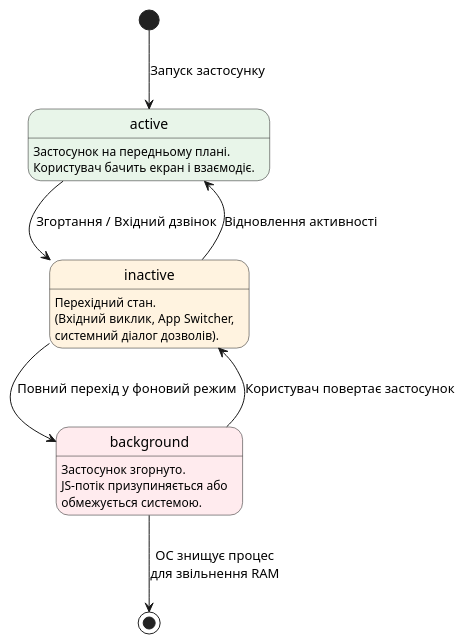
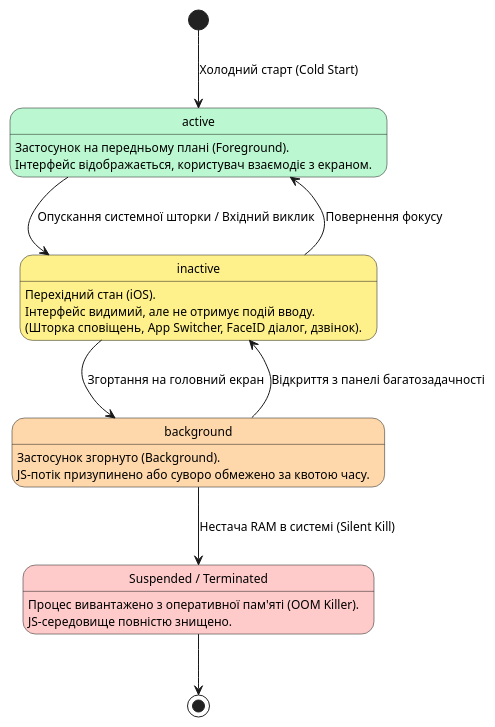
Before and after one commit to arakviel/kostyl.dev: the fifth of 5 diagrams in content/15.react-native/version2/14.networking-and-app-lifecycle.md, drawn with PlantUML. The commit also changed other lines of this file and 9 other files, not shown here.

````diff
--- a/content/15.react-native/version2/14.networking-and-app-lifecycle.md
+++ b/content/15.react-native/version2/14.networking-and-app-lifecycle.md
@@ -770,21 +1040,22 @@
 ```plantuml
 @startuml
 skinparam style plain
 skinparam backgroundColor #ffffff
+skinparam defaultFontName "Helvetica"
+skinparam defaultFontSize 12
 
-state "active" as Active #e8f5e9 : Застосунок на передньому плані.\nКористувач бачить екран і взаємодіє.
+state "active" as Active #bbf7d0 : Застосунок на передньому плані (Foreground).\nІнтерфейс відображається, користувач взаємодіє з екраном.
+state "inactive" as Inactive #fef08a : Перехідний стан (iOS).\nІнтерфейс видимий, але не отримує подій вводу.\n(Шторка сповіщень, App Switcher, FaceID діалог, дзвінок).
+state "background" as Background #fed7aa : Застосунок згорнуто (Background).\nJS-потік призупинено або суворо обмежено за квотою часу.
+state "Suspended / Terminated" as Terminated #fecaca : Процес вивантажено з оперативної пам'яті (OOM Killer).\nJS-середовище повністю знищено.
 
-state "inactive" as Inactive #fff3e0 : Перехідний стан.\n(Вхідний виклик, App Switcher,\nсистемний діалог дозволів).
+[*] --> Active : Холодний старт (Cold Start)
+Active --> Inactive : Опускання системної шторки / Вхідний виклик
+Inactive --> Active : Повернення фокусу
+Inactive --> Background : Згортання на головний екран
+Background --> Inactive : Відкриття з панелі багатозадачності
+Background --> Terminated : Нестача RAM в системі (Silent Kill)
+Terminated --> [*]
 
-state "background" as Background #ffebee : Застосунок згорнуто.\nJS-потік призупиняється або\nобмежується системою.
-
-[*] --> Active : Запуск застосунку
-
-Active --> Inactive : Згортання / Вхідний дзвінок
-Inactive --> Background : Повний перехід у фоновий режим
-Background --> Inactive : Користувач повертає застосунок
-Inactive --> Active : Відновлення активності
-
-Background --> [*] : ОС знищує процес\nдля звільнення RAM
-@endl
+@enduml
 ```
````
